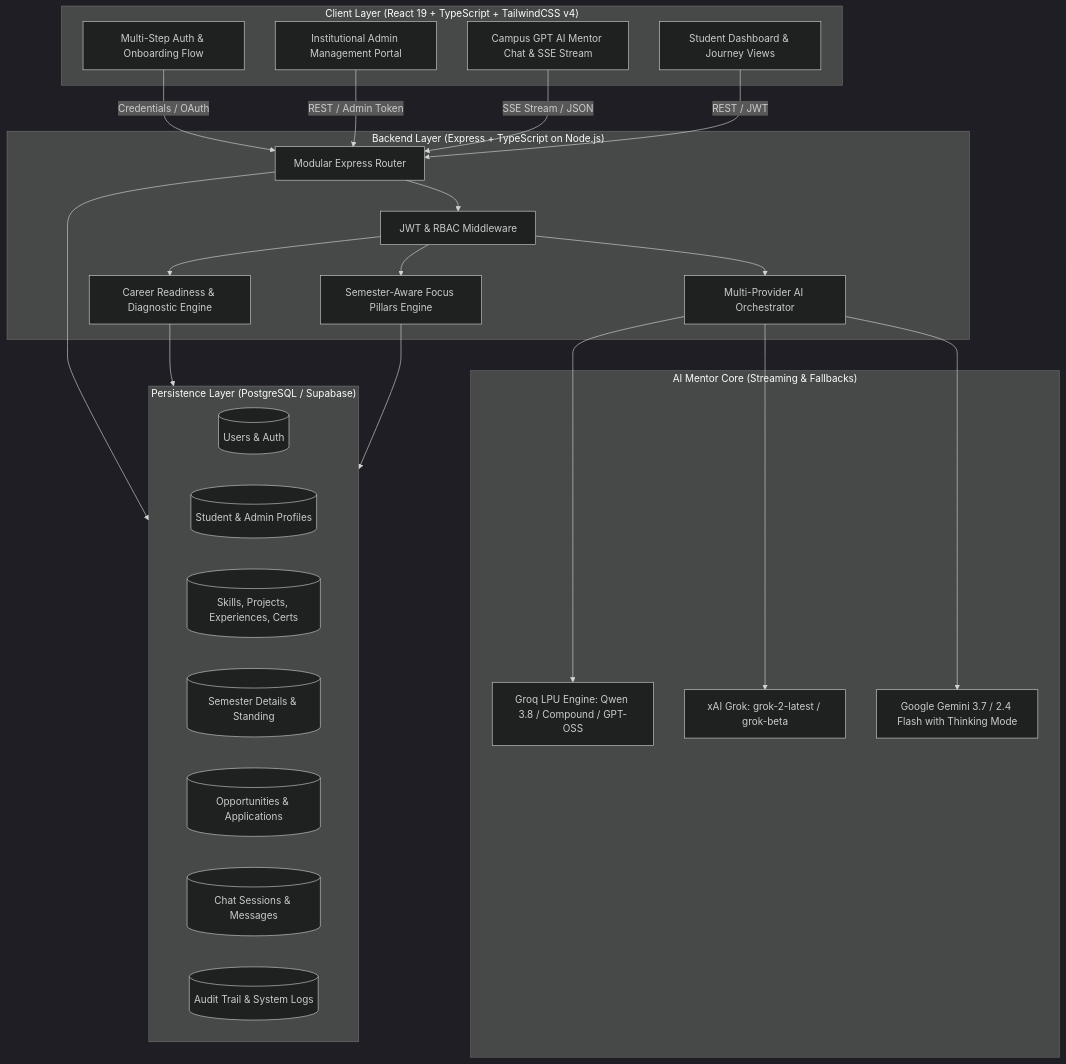
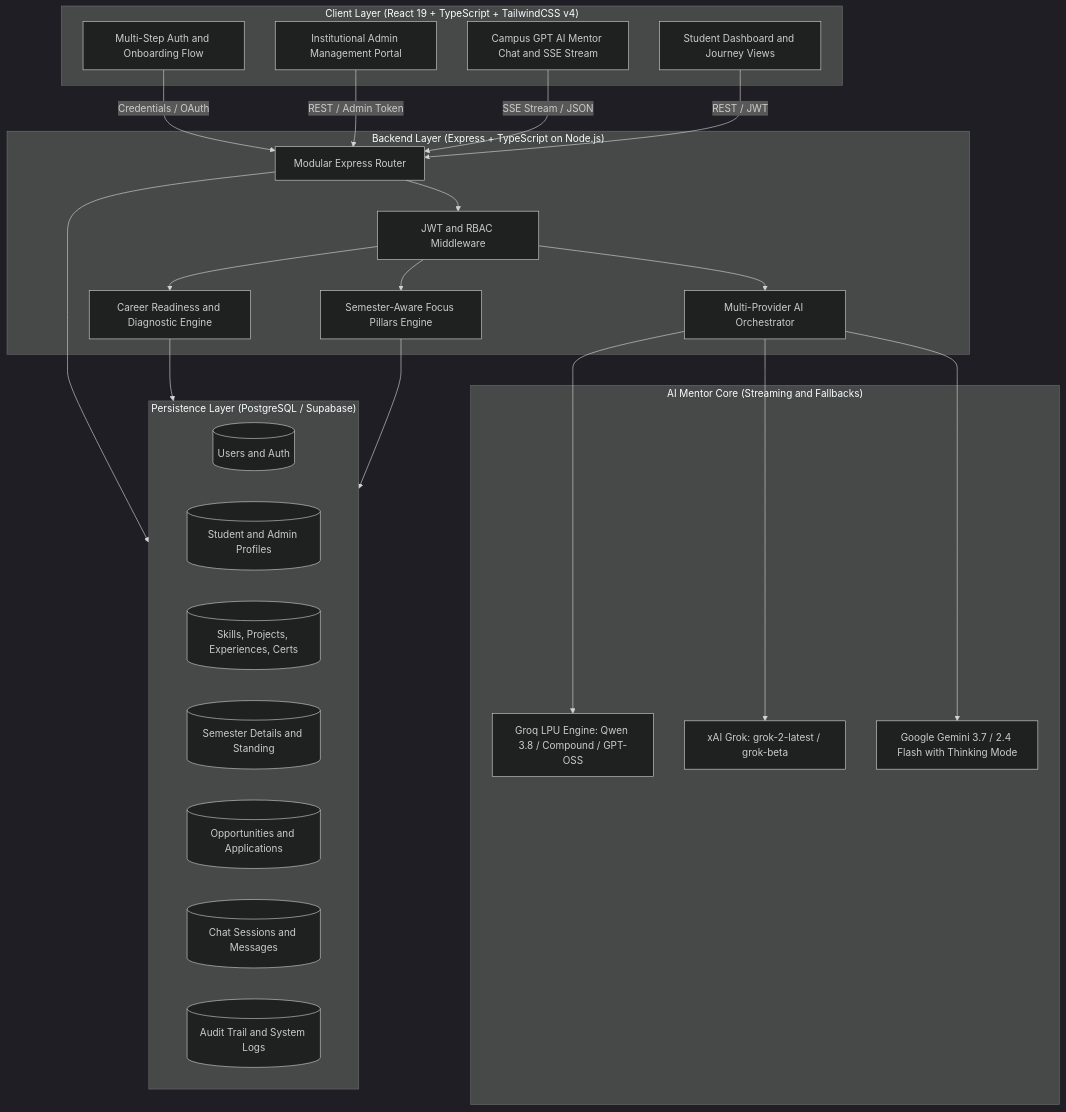
Before and after one commit to aliraza5101/Campus-OS: the diagram in README.md, drawn with Mermaid (dark theme).

Commit message:
docs: fix mermaid syntax in README system architecture diagram

````diff
--- a/README.md
+++ b/README.md
@@ -54,51 +54,51 @@
 ```mermaid
 graph TD
     subgraph Frontend ["Client Layer (React 19 + TypeScript + TailwindCSS v4)"]
-        UI_Student[Student Dashboard & Journey Views]
-        UI_AI[Campus GPT AI Mentor Chat & SSE Stream]
-        UI_Admin[Institutional Admin Management Portal]
-        UI_Auth[Multi-Step Auth & Onboarding Flow]
+        UI_Student["Student Dashboard and Journey Views"]
+        UI_AI["Campus GPT AI Mentor Chat and SSE Stream"]
+        UI_Admin["Institutional Admin Management Portal"]
+        UI_Auth["Multi-Step Auth and Onboarding Flow"]
     end
 
     subgraph Server ["Backend Layer (Express + TypeScript on Node.js)"]
-        SVR_Router[Modular Express Router]
-        MW_Auth[JWT & RBAC Middleware]
-        ENG_Pillars[Semester-Aware Focus Pillars Engine]
-        ENG_Readiness[Career Readiness & Diagnostic Engine]
-        ENG_AI[Multi-Provider AI Orchestrator]
+        SVR_Router["Modular Express Router"]
+        MW_Auth["JWT and RBAC Middleware"]
+        ENG_Pillars["Semester-Aware Focus Pillars Engine"]
+        ENG_Readiness["Career Readiness and Diagnostic Engine"]
+        ENG_AI["Multi-Provider AI Orchestrator"]
     end
 
-    subgraph AI_Providers ["AI Mentor Core (Streaming & Fallbacks)"]
-        AI_Groq[Groq LPU Engine: Qwen 3.8 / Compound / GPT-OSS]
-        AI_Grok[xAI Grok: grok-2-latest / grok-beta]
-        AI_Gemini[Google Gemini 3.7 / 2.4 Flash with Thinking Mode]
+    subgraph AI_Providers ["AI Mentor Core (Streaming and Fallbacks)"]
+        AI_Groq["Groq LPU Engine: Qwen 3.8 / Compound / GPT-OSS"]
+        AI_Grok["xAI Grok: grok-2-latest / grok-beta"]
+        AI_Gemini["Google Gemini 3.7 / 2.4 Flash with Thinking Mode"]
     end
 
     subgraph Database ["Persistence Layer (PostgreSQL / Supabase)"]
-        DB_Users[(Users & Auth)]
-        DB_Profiles[(Student & Admin Profiles)]
-        DB_Portfolio[(Skills, Projects, Experiences, Certs)]
-        DB_Academics[(Semester Details & Standing)]
-        DB_Opp[(Opportunities & Applications)]
-        DB_Chat[(Chat Sessions & Messages)]
-        DB_Logs[(Audit Trail & System Logs)]
+        DB_Users[("Users and Auth")]
+        DB_Profiles[("Student and Admin Profiles")]
+        DB_Portfolio[("Skills, Projects, Experiences, Certs")]
+        DB_Academics[("Semester Details and Standing")]
+        DB_Opp[("Opportunities and Applications")]
+        DB_Chat[("Chat Sessions and Messages")]
+        DB_Logs[("Audit Trail and System Logs")]
     end
 
     UI_Student -->|REST / JWT| SVR_Router
     UI_AI -->|SSE Stream / JSON| SVR_Router
     UI_Admin -->|REST / Admin Token| SVR_Router
     UI_Auth -->|Credentials / OAuth| SVR_Router
 
     SVR_Router --> MW_Auth
     MW_Auth --> ENG_Pillars
     MW_Auth --> ENG_Readiness
     MW_Auth --> ENG_AI
 
     ENG_AI --> AI_Groq
     ENG_AI --> AI_Grok
     ENG_AI --> AI_Gemini
 
     ENG_Pillars --> Database
     ENG_Readiness --> Database
     SVR_Router --> Database
 ```
````
